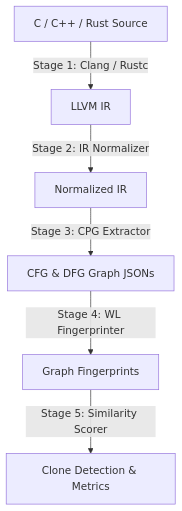
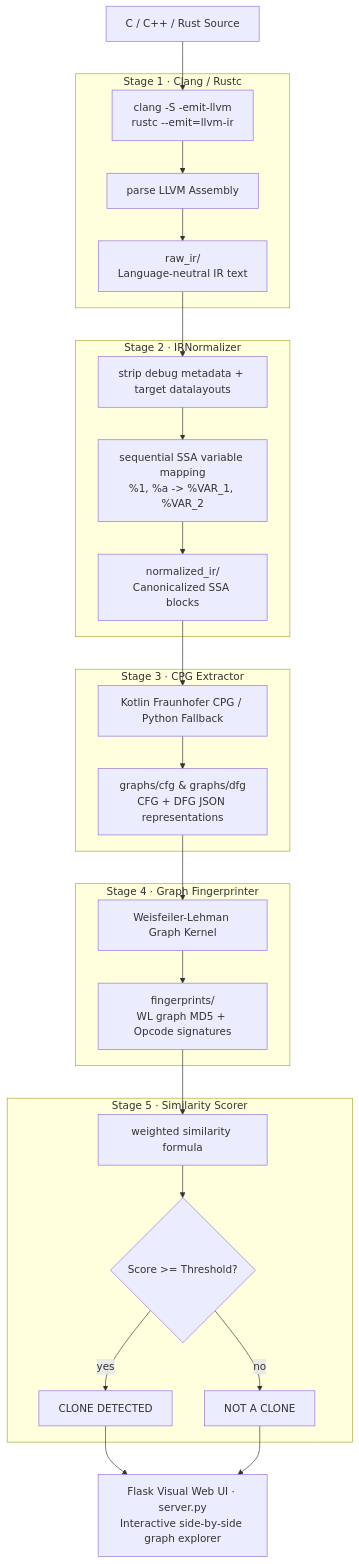
Before and after one commit to DELTAFOX-78/CrossLangCloneIR: the first of 3 diagrams in README.md, drawn with Mermaid. The commit also changed other lines of this file, not shown here.

Commit message:
Insert premium Documentation table and three detailed architectural Mermaid flowcharts in README.md

````diff
--- a/README.md
+++ b/README.md
@@ -59,8 +68,34 @@
 ```mermaid
-graph TD
-    A[C / C++ / Rust Source] -->|Stage 1: Clang / Rustc| B[LLVM IR]
-    B -->|Stage 2: IR Normalizer| C[Normalized IR]
-    C -->|Stage 3: CPG Extractor| D[CFG & DFG Graph JSONs]
-    D -->|Stage 4: WL Fingerprinter| E[Graph Fingerprints]
-    E -->|Stage 5: Similarity Scorer| F[Clone Detection & Metrics]
+flowchart TD
+    A[C / C++ / Rust Source] --> B
+
+    subgraph P1["Stage 1 · Clang / Rustc"]
+        B[clang -S -emit-llvm\nrustc --emit=llvm-ir] --> C[parse LLVM Assembly]
+        C --> D[raw_ir/\nLanguage-neutral IR text]
+    end
+
+    subgraph P2["Stage 2 · IRNormalizer"]
+        D --> E[strip debug metadata + target datalayouts]
+        E --> F[sequential SSA variable mapping\n%1, %a -> %VAR_1, %VAR_2]
+        F --> G[normalized_ir/\nCanonicalized SSA blocks]
+    end
+
+    subgraph P3["Stage 3 · CPG Extractor"]
+        G --> H[Kotlin Fraunhofer CPG / Python Fallback]
+        H --> I[graphs/cfg & graphs/dfg\nCFG + DFG JSON representations]
+    end
+
+    subgraph P4["Stage 4 · Graph Fingerprinter"]
+        I --> J[Weisfeiler-Lehman Graph Kernel]
+        J --> K[fingerprints/\nWL graph MD5 + Opcode signatures]
+    end
+
+    subgraph P5["Stage 5 · Similarity Scorer"]
+        K --> L[weighted similarity formula]
+        L --> M{Score >= Threshold?}
+        M -->|yes| N[CLONE DETECTED]
+        M -->|no| O[NOT A CLONE]
+    end
+
+    N & O --> UI[Flask Visual Web UI · server.py\nInteractive side-by-side graph explorer]
 ```
````
